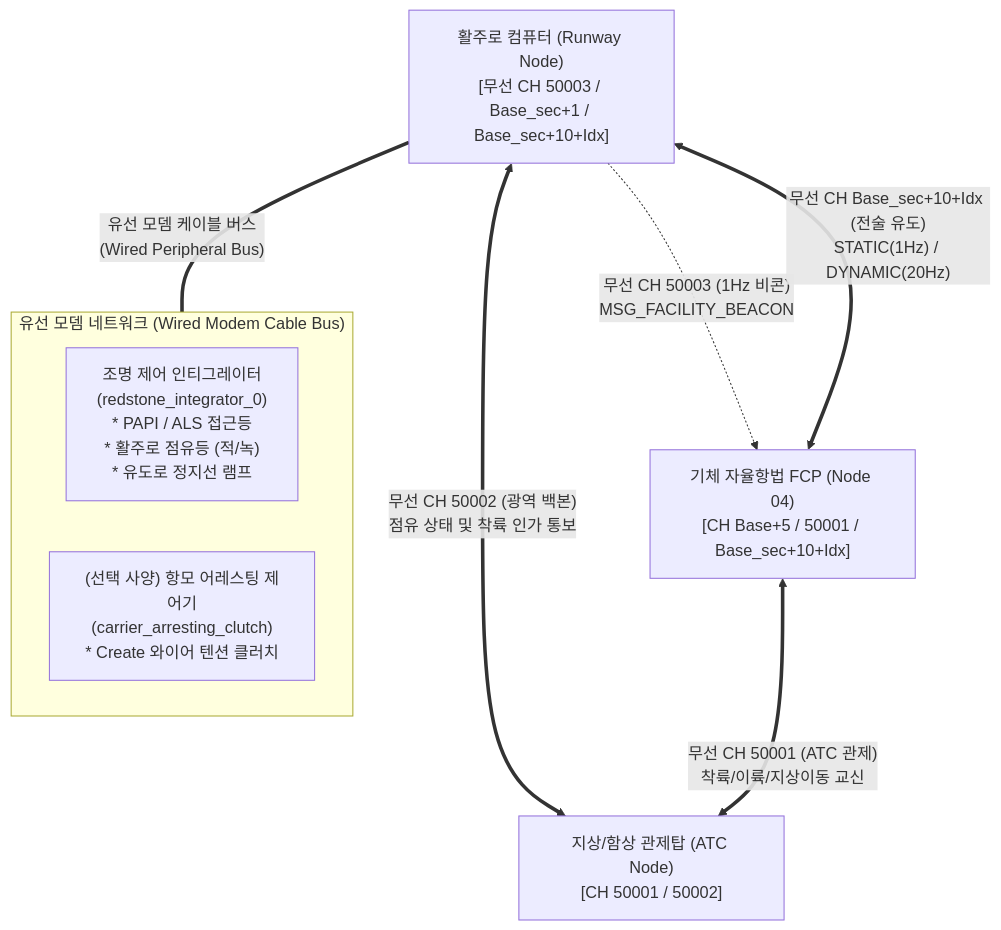
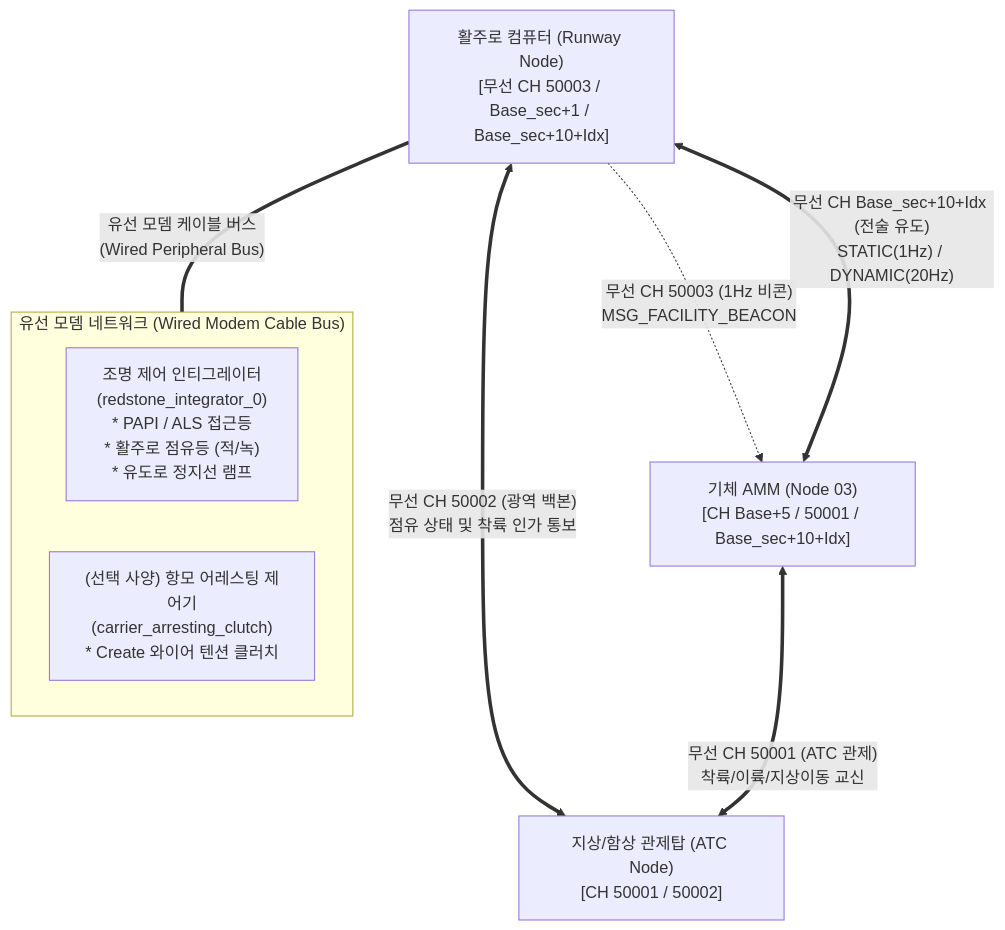
The first of 3 diagrams in docs/specs/0_infra/runway/RUNWAY_SPECIFICATION_AND_ICD.md (Polimachi/Aeroneutics_Autopilot), drawn with Mermaid before and after one commit. The commit also changed other lines of this file and 18 other files, not shown here.

Commit message:
docs(specs): shrink FCP to SE(3) outer-loop and migrate gateway/nav/mission ownership to AMM (TASK-206)

````diff
--- a/docs/specs/0_infra/runway/RUNWAY_SPECIFICATION_AND_ICD.md
+++ b/docs/specs/0_infra/runway/RUNWAY_SPECIFICATION_AND_ICD.md
@@ -73,17 +75,17 @@
 ```mermaid
 flowchart TD
     ATC["지상/함상 관제탑 (ATC Node)<br/>[CH 50001 / 50002]"]
     RWY["활주로 컴퓨터 (Runway Node)<br/>[무선 CH 50003 / Base_sec+1 / Base_sec+10+Idx]"]
-    FCP["기체 자율항법 FCP (Node 04)<br/>[CH Base+5 / 50001 / Base_sec+10+Idx]"]
+    AMM["기체 AMM (Node 03)<br/>[CH Base+5 / 50001 / Base_sec+10+Idx]"]
     
     subgraph WIRED_NET["유선 모뎀 네트워크 (Wired Modem Cable Bus)"]
         RI_LIGHTS["조명 제어 인티그레이터<br/>(redstone_integrator_0)<br/>* PAPI / ALS 접근등<br/>* 활주로 점유등 (적/녹)<br/>* 유도로 정지선 램프"]
         CARRIER_CLUTCH["(선택 사양) 항모 어레스팅 제어기<br/>(carrier_arresting_clutch)<br/>* Create 와이어 텐션 클러치"]
     end
 
-    RWY -.->|"무선 CH 50003 (1Hz 비콘)<br/>MSG_FACILITY_BEACON"| FCP
+    RWY -.->|"무선 CH 50003 (1Hz 비콘)<br/>MSG_FACILITY_BEACON"| AMM
     RWY <==>|"무선 CH 50002 (광역 백본)<br/>점유 상태 및 착륙 인가 통보"| ATC
-    FCP <==>|"무선 CH 50001 (ATC 관제)<br/>착륙/이륙/지상이동 교신"| ATC
-    FCP <==>|"무선 CH Base_sec+10+Idx (전술 유도)<br/>STATIC(1Hz) / DYNAMIC(20Hz)"| RWY
+    AMM <==>|"무선 CH 50001 (ATC 관제)<br/>착륙/이륙/지상이동 교신"| ATC
+    AMM <==>|"무선 CH Base_sec+10+Idx (전술 유도)<br/>STATIC(1Hz) / DYNAMIC(20Hz)"| RWY
     RWY ===|"유선 모뎀 케이블 버스<br/>(Wired Peripheral Bus)"| WIRED_NET
 ```
````
